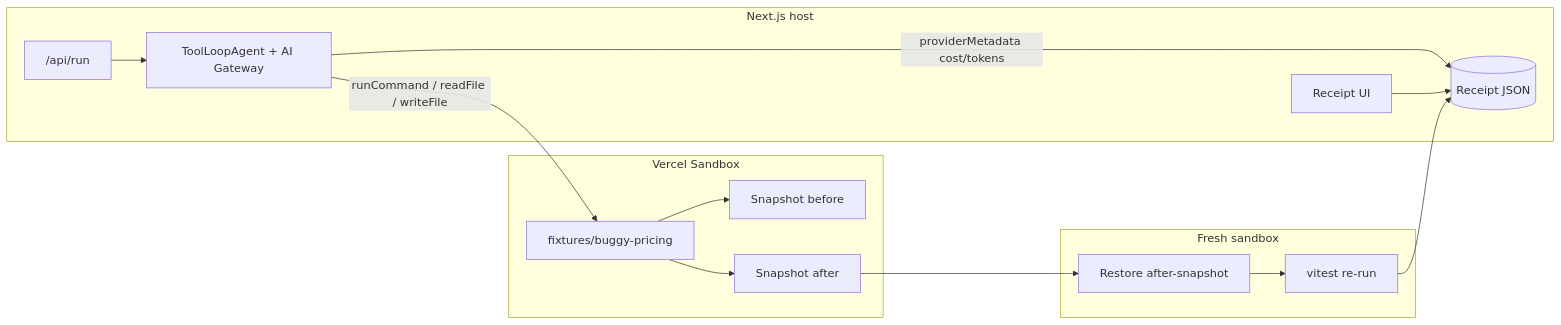
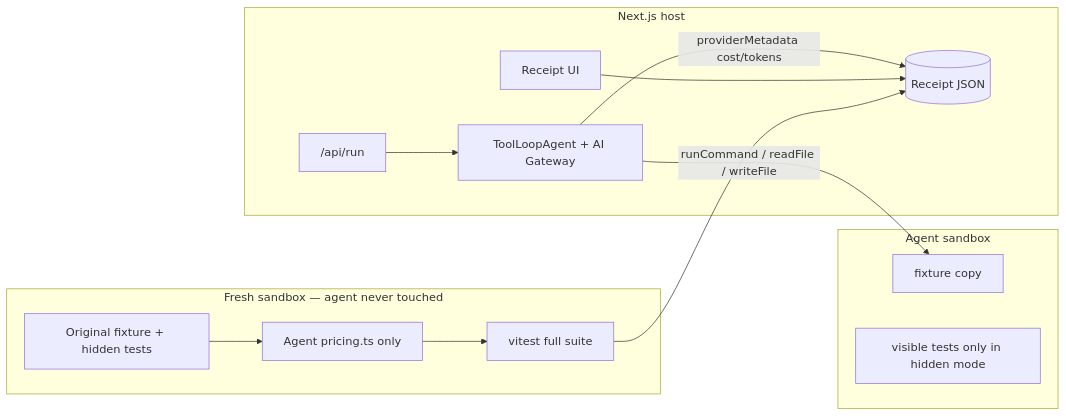
Before and after one commit to debs-obrien/sandbox-verified-agent: the diagram in README.md, drawn with Mermaid. The commit also changed other lines of this file and 20 other files, not shown here.

First line of the commit message:
Replace caught-it with hidden-tests mode and redesign receipt

````diff
--- a/README.md
+++ b/README.md
@@ -31,29 +31,24 @@
 ```mermaid
 flowchart LR
   subgraph Host["Next.js host"]
     UI[Receipt UI]
     API["/api/run"]
     Agent["ToolLoopAgent + AI Gateway"]
     API --> Agent
     Agent -->|providerMetadata cost/tokens| Receipt[(Receipt JSON)]
     UI --> Receipt
   end
 
-  subgraph SBX["Vercel Sandbox"]
-    Fix[fixtures/buggy-pricing]
-    SnapBefore[Snapshot before]
-    SnapAfter[Snapshot after]
-    Fix --> SnapBefore
+  subgraph AgentSBX["Agent sandbox"]
+    Fix[fixture copy]
+    Visible[visible tests only in hidden mode]
     Agent -->|runCommand / readFile / writeFile| Fix
-    Fix --> SnapAfter
   end
 
-  subgraph Verify["Fresh sandbox"]
-    Restore[Restore after-snapshot]
-    Tests[vitest re-run]
-    Restore --> Tests
-    Tests --> Receipt
+  subgraph Verify["Fresh sandbox — agent never touched"]
+    Pristine[Original fixture + hidden tests]
+    Diff[Agent pricing.ts only]
+    Tests[vitest full suite]
+    Pristine --> Diff --> Tests --> Receipt
   end
-
-  SnapAfter --> Restore
 ```
````
